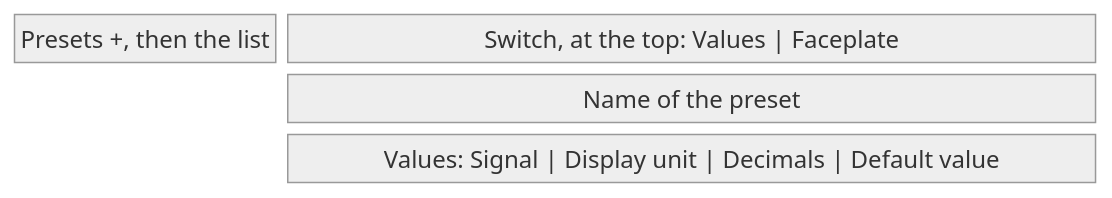
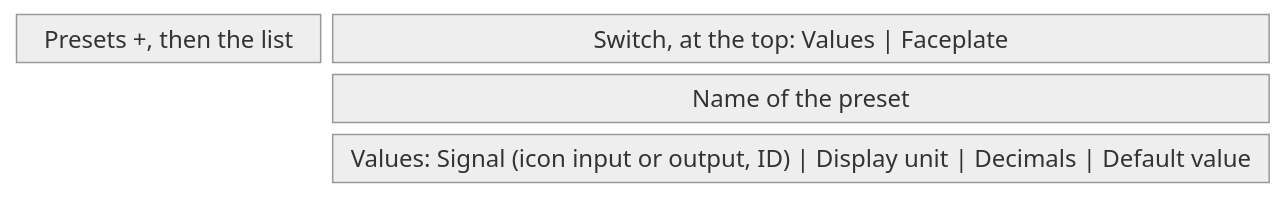
The ninth of 16 diagrams in screens/metadata.md (AlexandreGallais/synoptic-studio-spec), drawn with Mermaid (neutral theme) before and after one commit. The commit also changed other lines of this file and 8 other files, not shown here.

First line of the commit message:
docs(presets): add read or override and the meaning of the default value

````diff
--- a/screens/metadata.md
+++ b/screens/metadata.md
@@ -310,7 +310,7 @@
 ```mermaid
 block-beta
     columns 4
     list["Presets +, then the list"] sw["Switch, at the top: Values | Faceplate"]:3
     space name["Name of the preset"]:3
-    space values["Values: Signal | Display unit | Decimals | Default value"]:3
+    space values["Values: Signal (icon input or output, ID) | Display unit | Decimals | Default value"]:3
 ```
````
